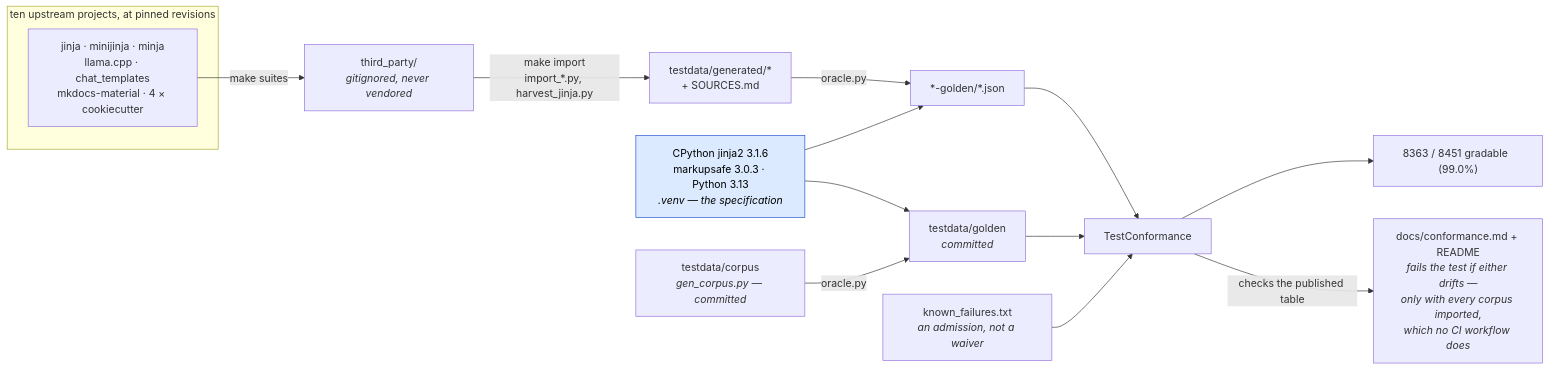
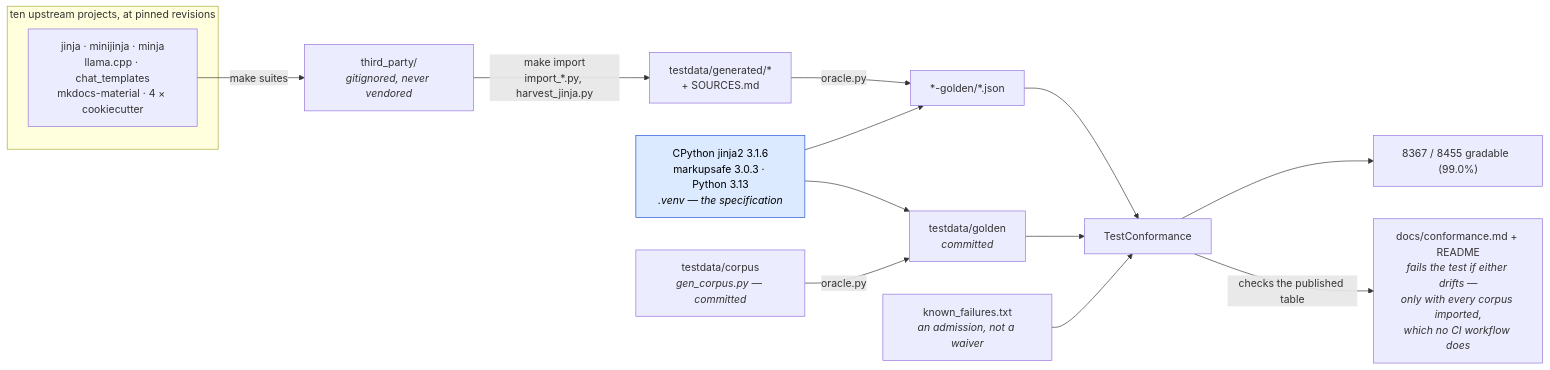
The first of 2 diagrams in docs/conformance.md (mgilbir/gojja2), drawn with Mermaid before and after one commit. The commit also changed other lines of this file and 16 other files, not shown here.

````diff
--- a/docs/conformance.md
+++ b/docs/conformance.md
@@ -17,24 +17,24 @@
 ```mermaid
 flowchart LR
     subgraph up["ten upstream projects, at pinned revisions"]
         U1["jinja · minijinja · minja<br/>llama.cpp · chat_templates<br/>mkdocs-material · 4 × cookiecutter"]
     end
     U1 -->|"make suites"| TP["third_party/<br/><i>gitignored, never vendored</i>"]
     TP -->|"make import<br/>import_*.py, harvest_jinja.py"| GEN["testdata/generated/*<br/>+ SOURCES.md"]
 
     ORA["CPython jinja2 3.1.6<br/>markupsafe 3.0.3 · Python 3.13<br/><i>.venv — the specification</i>"]
     GEN -->|"oracle.py"| G2["*-golden/*.json"]
     ORA --> G2
 
     OWN["testdata/corpus<br/><i>gen_corpus.py — committed</i>"] -->|"oracle.py"| G1["testdata/golden<br/><i>committed</i>"]
     ORA --> G1
 
     G1 --> TC["TestConformance"]
     G2 --> TC
     KF["known_failures.txt<br/><i>an admission, not a waiver</i>"] --> TC
-    TC --> RATE["8363 / 8451 gradable  (99.0%)"]
+    TC --> RATE["8367 / 8455 gradable  (99.0%)"]
     TC -->|"checks the published table"| RM["docs/conformance.md + README<br/><i>fails the test if either drifts —<br/>only with every corpus imported,<br/>which no CI workflow does</i>"]
 
     classDef spec fill:#dbeafe,stroke:#1d4ed8,color:#000
     class ORA spec
 ```
````
